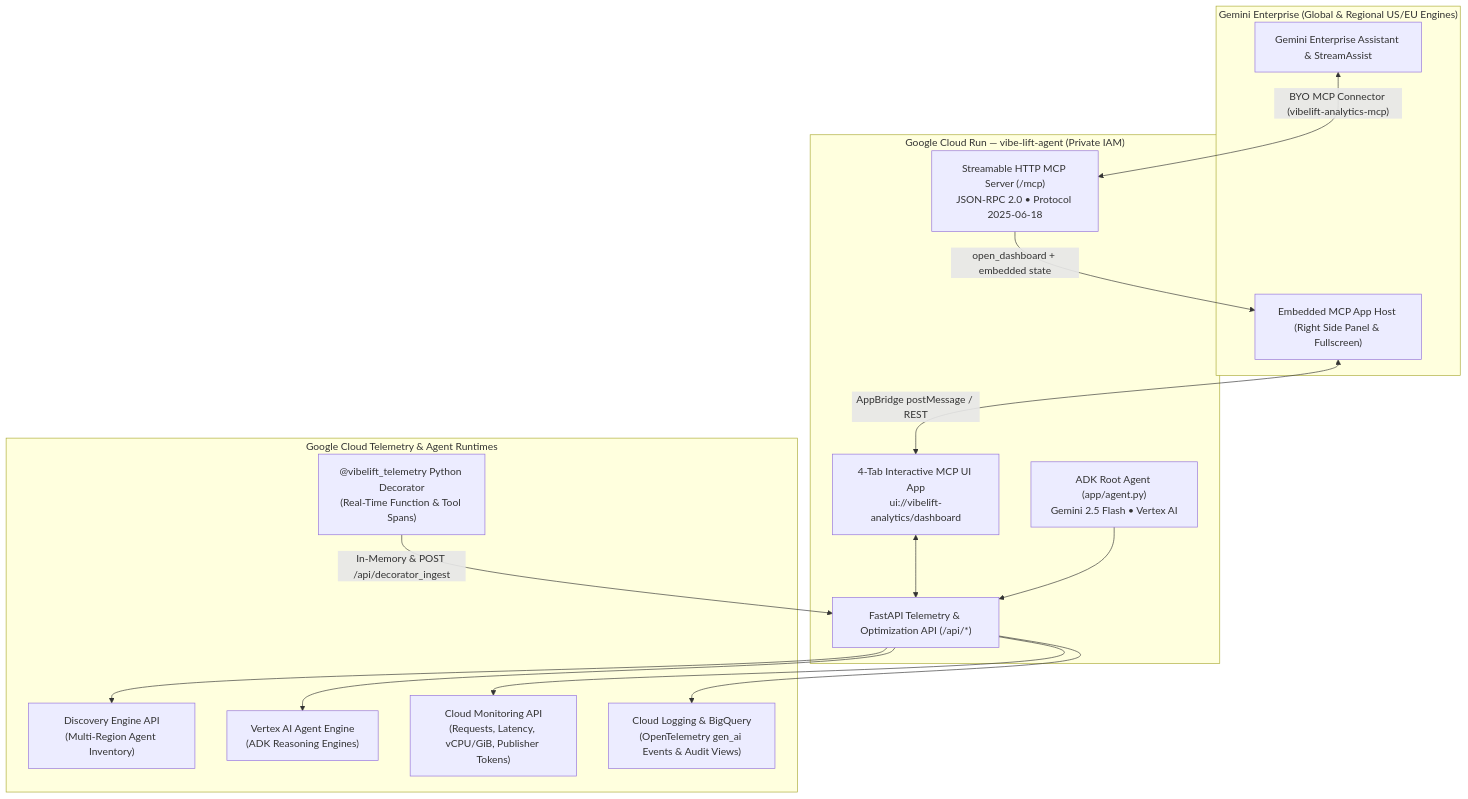
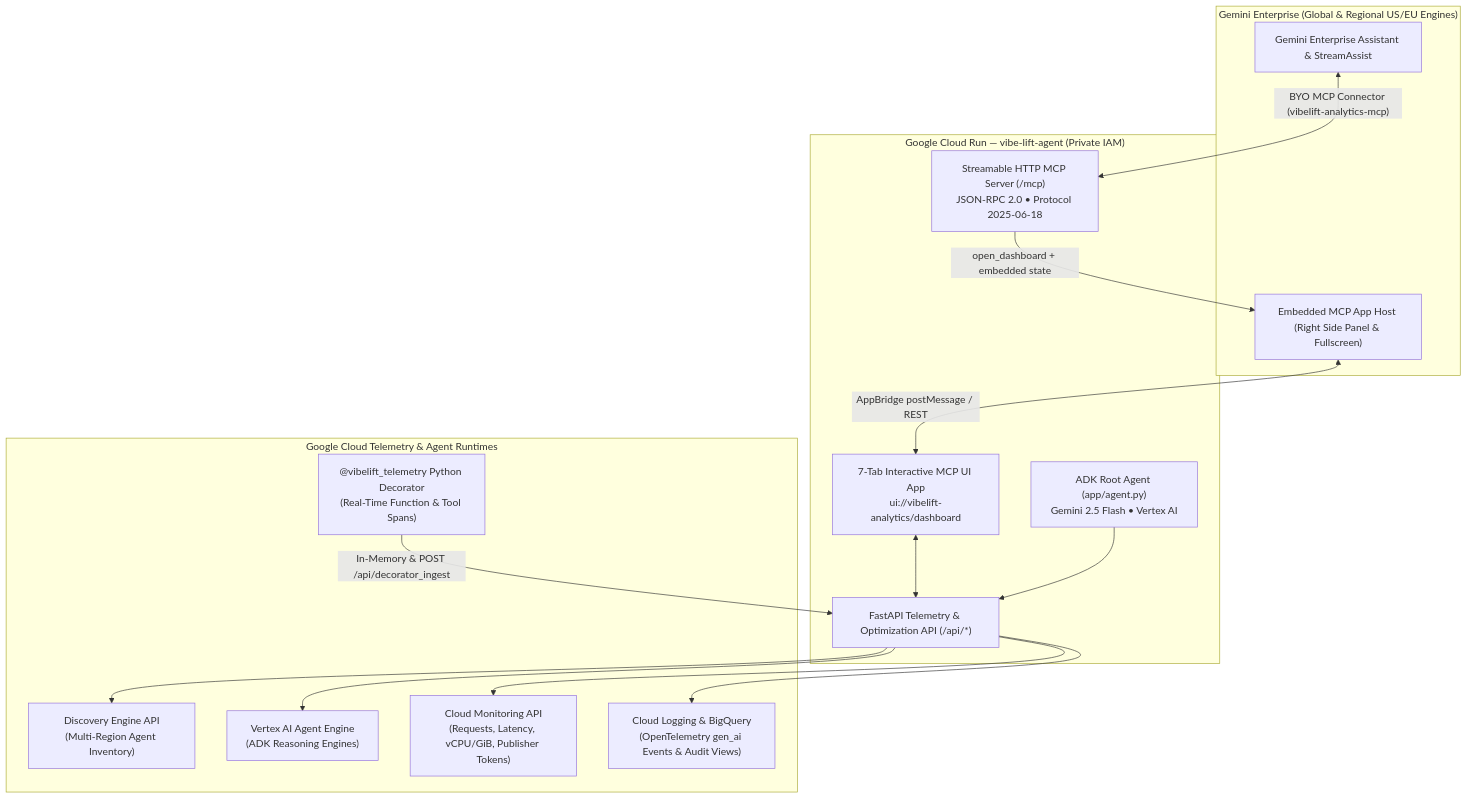
The first of 2 diagrams in README.md (enriquekalven/vibe_lift_agent), drawn with Mermaid before and after one commit. The commit also changed other lines of this file and 11 other files, not shown here.

````diff
--- a/README.md
+++ b/README.md
@@ -13,33 +15,33 @@
 ```mermaid
 flowchart TB
   subgraph GE["Gemini Enterprise (Global & Regional US/EU Engines)"]
     Chat["Gemini Enterprise Assistant & StreamAssist"]
     SidePanel["Embedded MCP App Host (Right Side Panel & Fullscreen)"]
   end
 
   subgraph CR["Google Cloud Run — vibe-lift-agent (Private IAM)"]
     MCP["Streamable HTTP MCP Server (/mcp)\nJSON-RPC 2.0 • Protocol 2025-06-18"]
-    UI["4-Tab Interactive MCP UI App\nui://vibelift-analytics/dashboard"]
+    UI["7-Tab Interactive MCP UI App\nui://vibelift-analytics/dashboard"]
     ADK["ADK Root Agent (app/agent.py)\nGemini 2.5 Flash • Vertex AI"]
     REST["FastAPI Telemetry & Optimization API (/api/*)"]
   end
 
   subgraph GCP["Google Cloud Telemetry & Agent Runtimes"]
     DE["Discovery Engine API\n(Multi-Region Agent Inventory)"]
     RE["Vertex AI Agent Engine\n(ADK Reasoning Engines)"]
     Mon["Cloud Monitoring API\n(Requests, Latency, vCPU/GiB, Publisher Tokens)"]
     Log["Cloud Logging & BigQuery\n(OpenTelemetry gen_ai Events & Audit Views)"]
     Dec["@vibelift_telemetry Python Decorator\n(Real-Time Function & Tool Spans)"]
   end
 
   Chat <-->|"BYO MCP Connector (vibelift-analytics-mcp)"| MCP
   MCP -->|"open_dashboard + embedded state"| SidePanel
   SidePanel <-->|"AppBridge postMessage / REST"| UI
   UI <--> REST
   ADK --> REST
   REST --> DE
   REST --> RE
   REST --> Mon
   REST --> Log
   Dec -->|"In-Memory & POST /api/decorator_ingest"| REST
 ```
````
